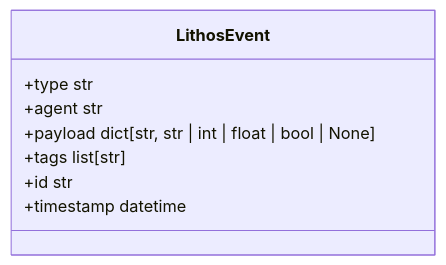
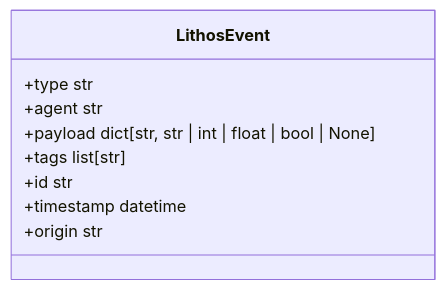
Before and after one commit to agent-lore/lithos: the third of 8 diagrams in docs/generated/domain_model.md, drawn with Mermaid. The commit also changed 14 other files, not shown here.

````diff
--- a/docs/generated/domain_model.md
+++ b/docs/generated/domain_model.md
@@ -98,11 +98,12 @@
 ```mermaid
 classDiagram
   class LithosEvent {
     +type str
     +agent str
     +payload dict[str, str | int | float | bool | None]
     +tags list[str]
     +id str
     +timestamp datetime
+    +origin str
   }
 ```
````
